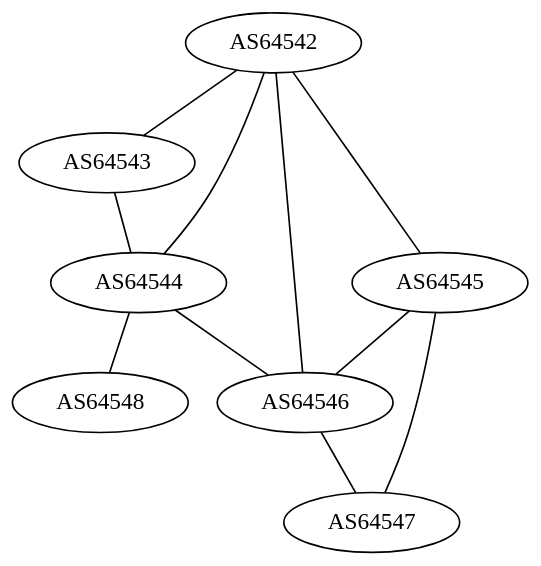
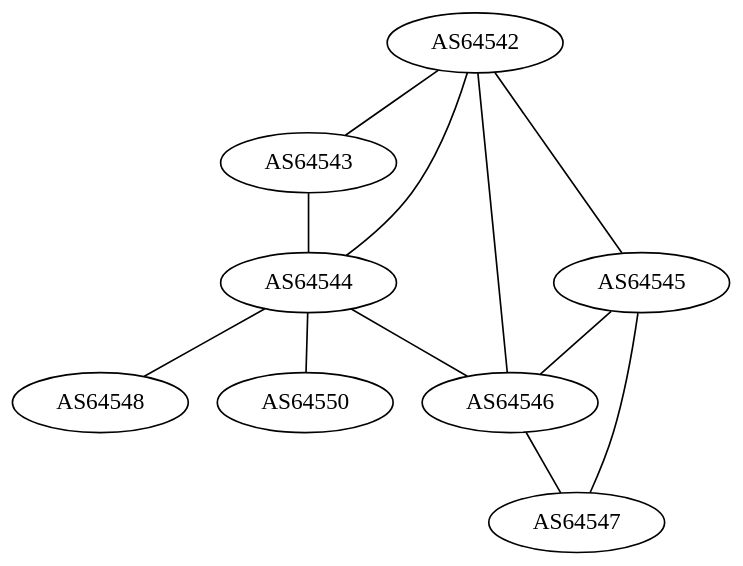
One commit to GLaNET/resources changed the diagram in as-graph.dot. Above: the diagram before and after it, drawn with Graphviz.

Commit message:
adding AS64550 - atenart

```diff
--- a/as-graph.dot
+++ b/as-graph.dot
@@ -1,26 +1,27 @@
 graph GLaNET
 {
         edge [len=2];
         graph [bgcolor=transparent]
 
         //AS64540 [shape=box];
         //AS64540 [label="Caribou Route Server\nAS64540"];
         //AS64540 -- AS64542;
         //AS64540 -- AS64544;
         //AS64540 -- AS64543;
 
         AS64542 -- AS64543;
         AS64542 -- AS64544; // [label="1"];
         AS64542 -- AS64545;
         AS64542 -- AS64546;
 
         AS64543 -- AS64544;
 
         AS64544 -- AS64546;
         AS64544 -- AS64548;
+        AS64544 -- AS64550;
 
         AS64545 -- AS64546;
         AS64545 -- AS64547;
 
         AS64546 -- AS64547;
 }
```
